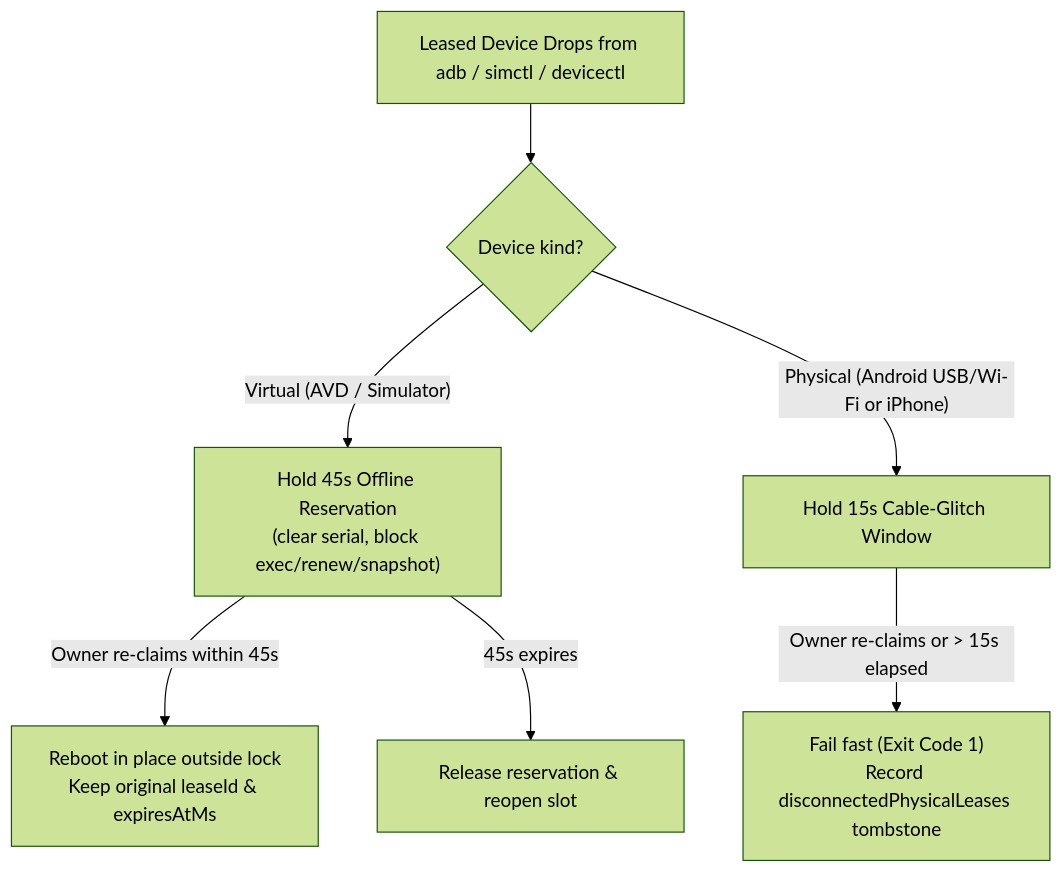
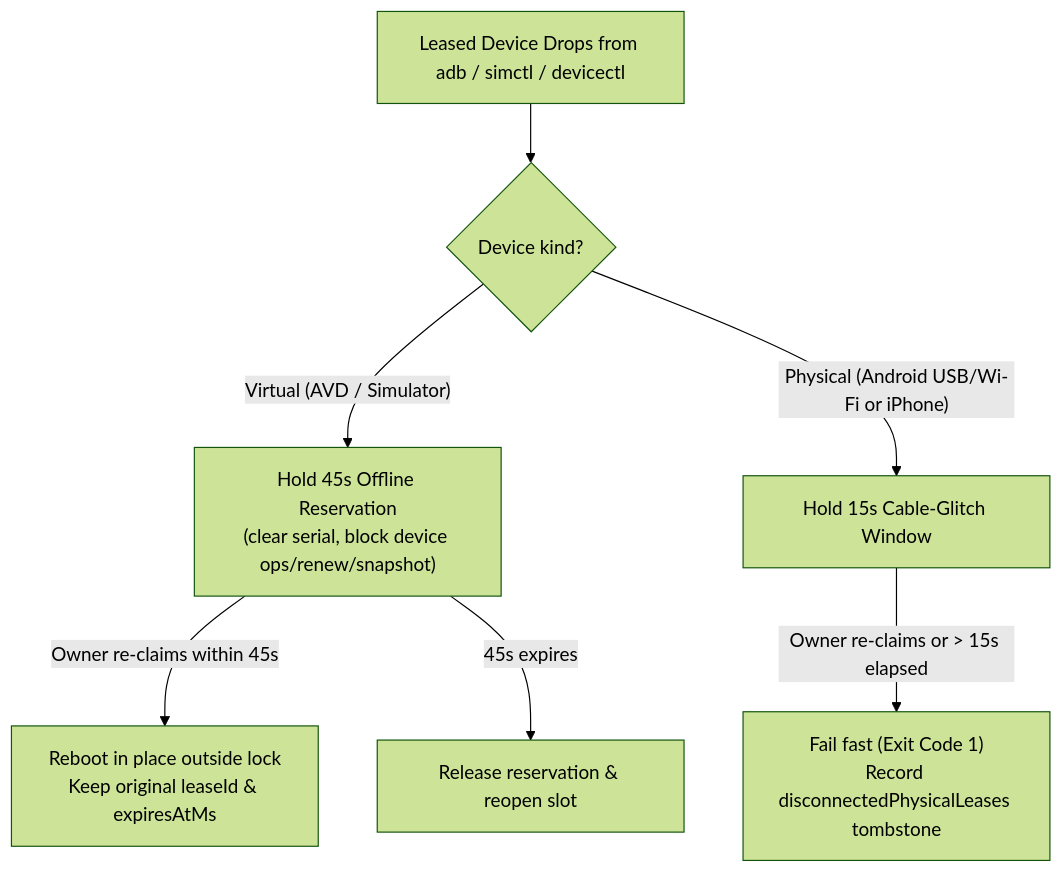
The third of 4 diagrams in docs/user-guide.md (rock3r/atc), drawn with Mermaid (forest theme) before and after one commit. The commit also changed other lines of this file and 31 other files, not shown here.

````diff
--- a/docs/user-guide.md
+++ b/docs/user-guide.md
@@ -170,10 +237,10 @@
 ```mermaid
 flowchart TD
     Drop["Leased Device Drops from adb / simctl / devicectl"] --> Kind{"Device kind?"}
-    Kind -- "Virtual (AVD / Simulator)" --> VGrace["Hold 45s Offline Reservation\n(clear serial, block exec/renew/snapshot)"]
+    Kind -- "Virtual (AVD / Simulator)" --> VGrace["Hold 45s Offline Reservation\n(clear serial, block device ops/renew/snapshot)"]
     VGrace -- "Owner re-claims within 45s" --> VBoot["Reboot in place outside lock\nKeep original leaseId & expiresAtMs"]
     VGrace -- "45s expires" --> VFree["Release reservation & reopen slot"]
 
     Kind -- "Physical (Android USB/Wi-Fi or iPhone)" --> PGrace["Hold 15s Cable-Glitch Window"]
     PGrace -- "Owner re-claims or > 15s elapsed" --> PTomb["Fail fast (Exit Code 1)\nRecord disconnectedPhysicalLeases tombstone"]
 ```
````
